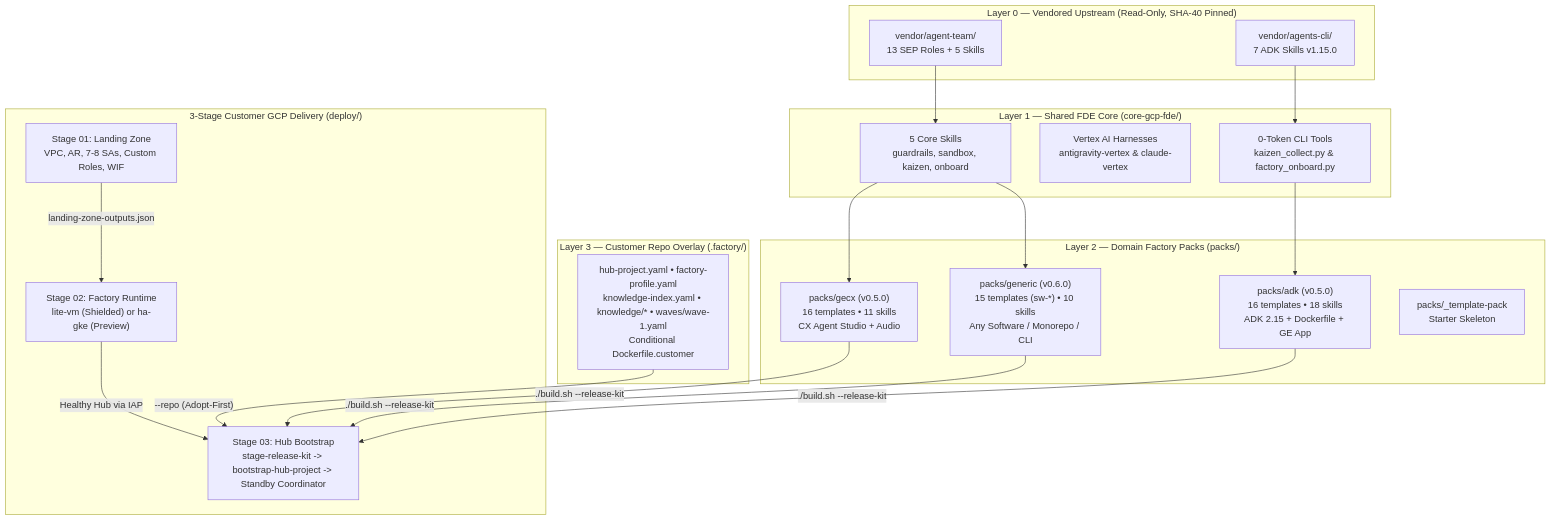
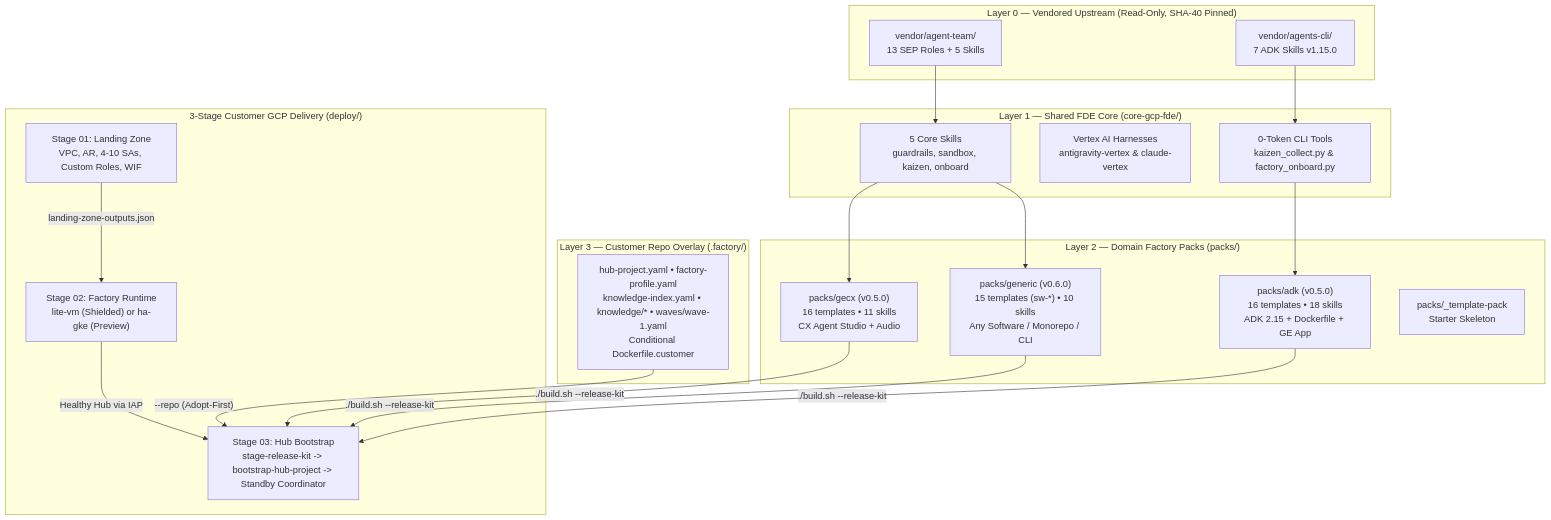
One commit to carlosmscabral/gcp-fde-factories changed the first of 2 diagrams in README.md. Above: the diagram before and after it, drawn with Mermaid. The commit also changed other lines of this file and 15 other files, not shown here.

Commit message:
docs: refresh visual architecture guides, diagrams, and multi-pack walkthrough

````diff
--- a/README.md
+++ b/README.md
@@ -13,42 +13,42 @@
 ```mermaid
 flowchart TB
     subgraph L0["Layer 0 — Vendored Upstream (Read-Only, SHA-40 Pinned)"]
         SEP["vendor/agent-team/<br/>13 SEP Roles + 5 Skills"]
         AGCLI["vendor/agents-cli/<br/>7 ADK Skills v1.15.0"]
     end
 
     subgraph L1["Layer 1 — Shared FDE Core (core-gcp-fde/)"]
         CORE_SK["5 Core Skills<br/>guardrails, sandbox, kaizen, onboard"]
         CORE_HC["Vertex AI Harnesses<br/>antigravity-vertex & claude-vertex"]
         CORE_TOOLS["0-Token CLI Tools<br/>kaizen_collect.py & factory_onboard.py"]
     end
 
     subgraph L2["Layer 2 — Domain Factory Packs (packs/)"]
         GECX["packs/gecx (v0.5.0)<br/>16 templates • 11 skills<br/>CX Agent Studio + Audio"]
         ADK["packs/adk (v0.5.0)<br/>16 templates • 18 skills<br/>ADK 2.15 + Dockerfile + GE App"]
         GEN["packs/generic (v0.6.0)<br/>15 templates (sw-*) • 10 skills<br/>Any Software / Monorepo / CLI"]
         TPL["packs/_template-pack<br/>Starter Skeleton"]
     end
 
     subgraph L3["Layer 3 — Customer Repo Overlay (.factory/)"]
         OV["hub-project.yaml • factory-profile.yaml<br/>knowledge-index.yaml • knowledge/* • waves/wave-1.yaml<br/>Conditional Dockerfile.customer"]
     end
 
     subgraph DELIV["3-Stage Customer GCP Delivery (deploy/)"]
-        S1["Stage 01: Landing Zone<br/>VPC, AR, 7-8 SAs, Custom Roles, WIF"]
+        S1["Stage 01: Landing Zone<br/>VPC, AR, 4-10 SAs, Custom Roles, WIF"]
         S2["Stage 02: Factory Runtime<br/>lite-vm (Shielded) or ha-gke (Preview)"]
         S3["Stage 03: Hub Bootstrap<br/>stage-release-kit -> bootstrap-hub-project -> Standby Coordinator"]
     end
 
     SEP --> CORE_SK
     AGCLI --> CORE_TOOLS
     CORE_SK --> GECX
     CORE_TOOLS --> ADK
     CORE_SK --> GEN
     GECX -->|"./build.sh --release-kit"| S3
     ADK -->|"./build.sh --release-kit"| S3
     GEN -->|"./build.sh --release-kit"| S3
     S1 -->|"landing-zone-outputs.json"| S2
     S2 -->|"Healthy Hub via IAP"| S3
     OV -->|"--repo (Adopt-First)"| S3
 ```
````
